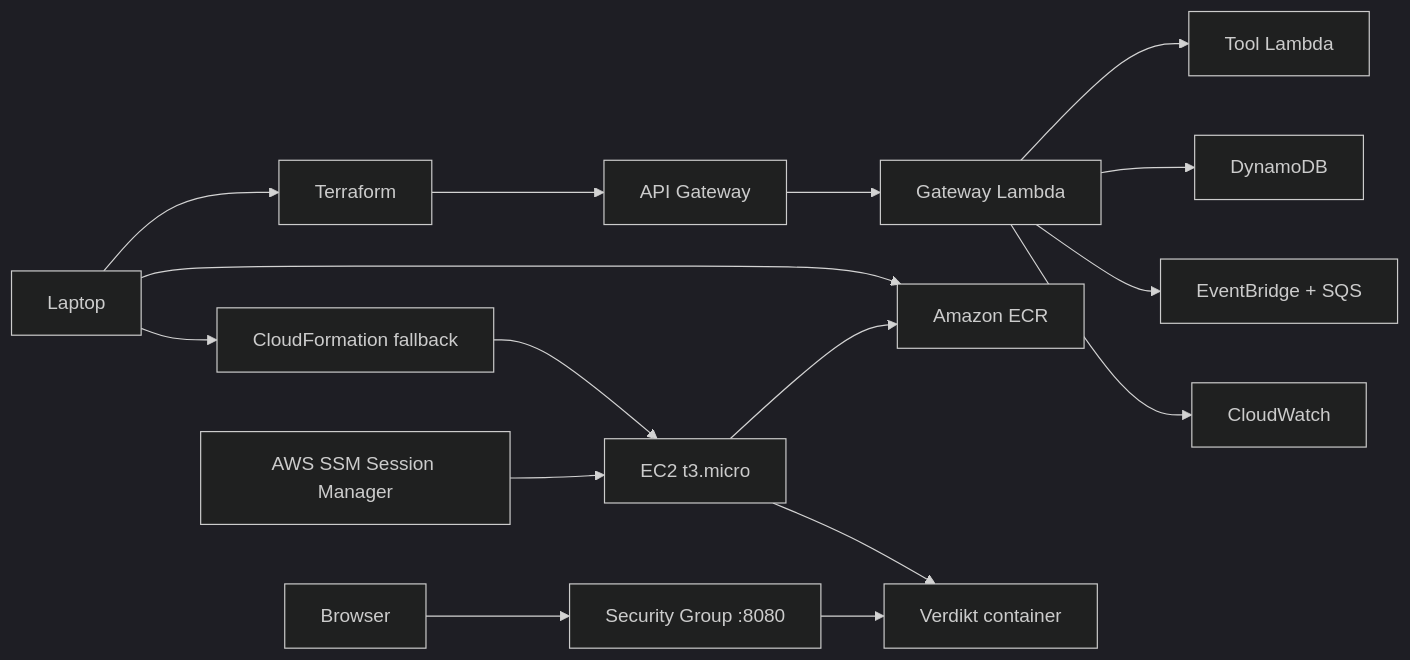
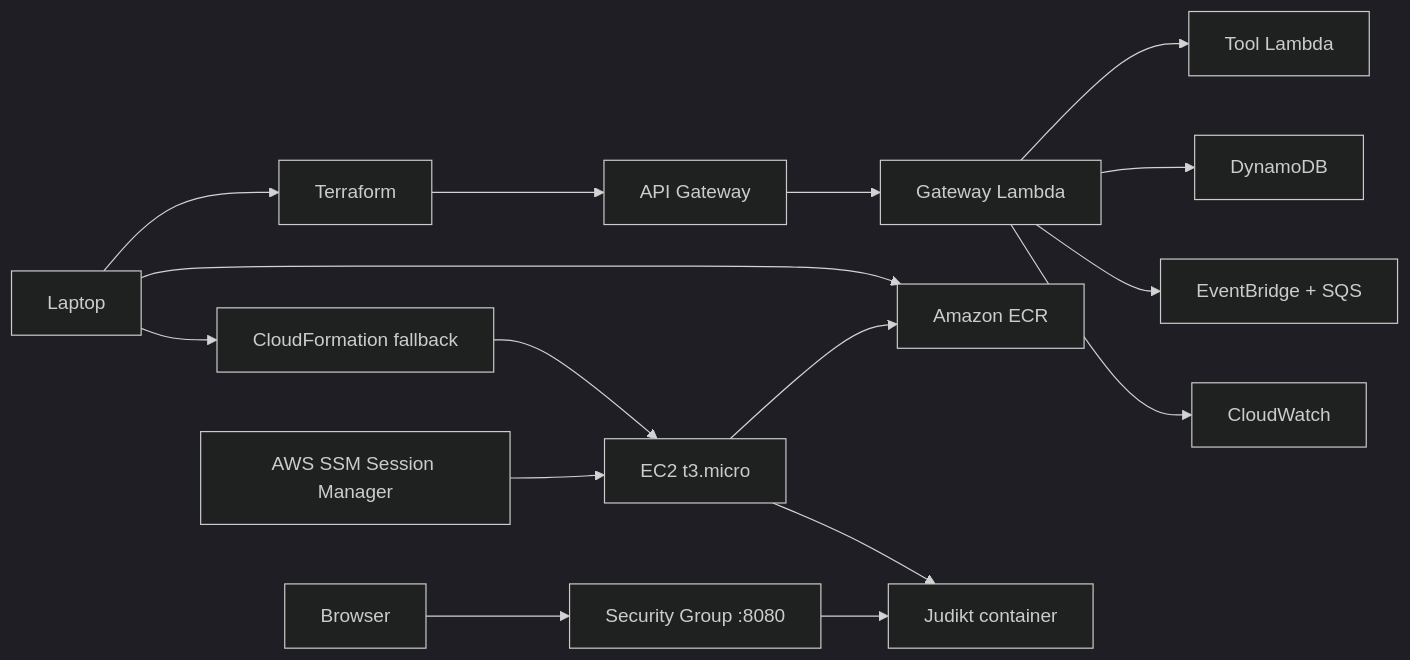
The diagram in docs/AWS_FREE_TIER_DEPLOY.md (gaurav-gs7/Verdikt), drawn with Mermaid (dark theme) before and after one commit. The commit also changed other lines of this file and 187 other files, not shown here.

````diff
--- a/docs/AWS_FREE_TIER_DEPLOY.md
+++ b/docs/AWS_FREE_TIER_DEPLOY.md
@@ -20,18 +20,18 @@
 ```mermaid
 flowchart LR
     Dev["Laptop"] --> IaC["Terraform"]
     IaC --> API["API Gateway"]
     API --> Lambda["Gateway Lambda"]
     Lambda --> ToolLambda["Tool Lambda"]
     Lambda --> DDB["DynamoDB"]
     Lambda --> Events["EventBridge + SQS"]
     Lambda --> CW["CloudWatch"]
     Dev --> ECR["Amazon ECR"]
     Dev --> CFN["CloudFormation fallback"]
     CFN --> EC2["EC2 t3.micro"]
     EC2 --> ECR
-    EC2 --> App["Verdikt container"]
+    EC2 --> App["Judikt container"]
     User["Browser"] --> SG["Security Group :8080"]
     SG --> App
     Operator["AWS SSM Session Manager"] --> EC2
 ```
````
